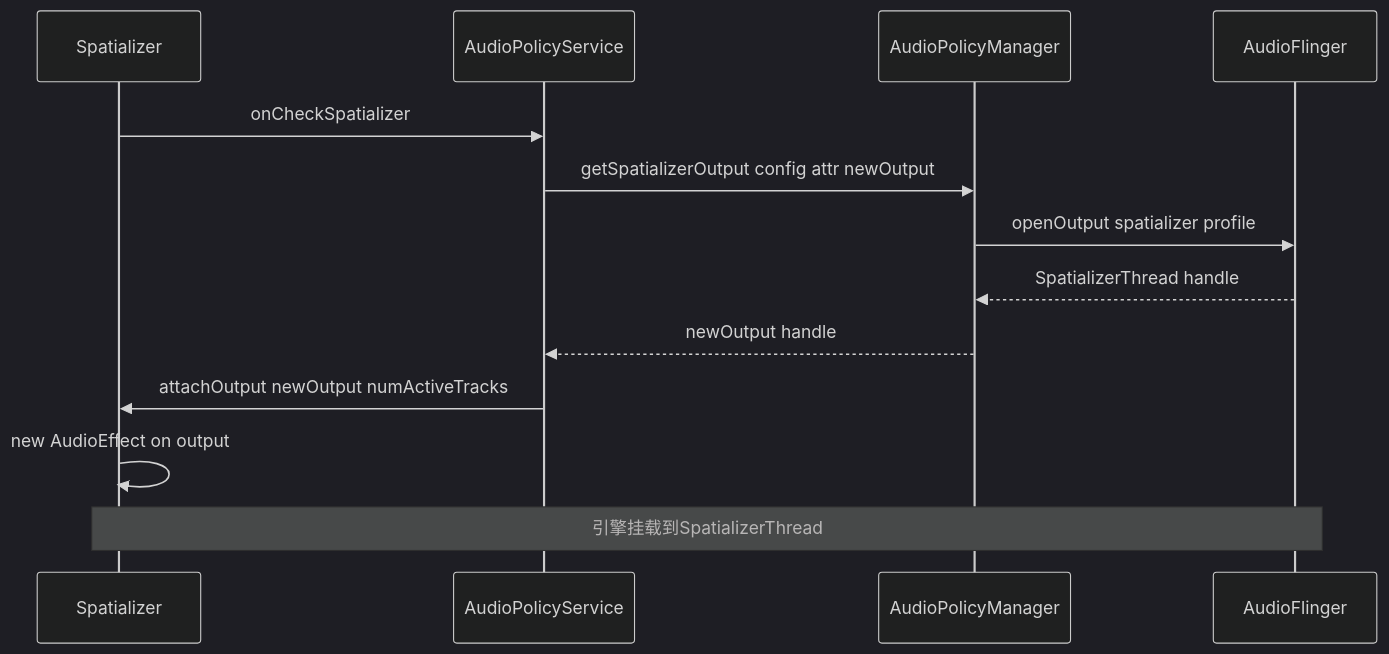
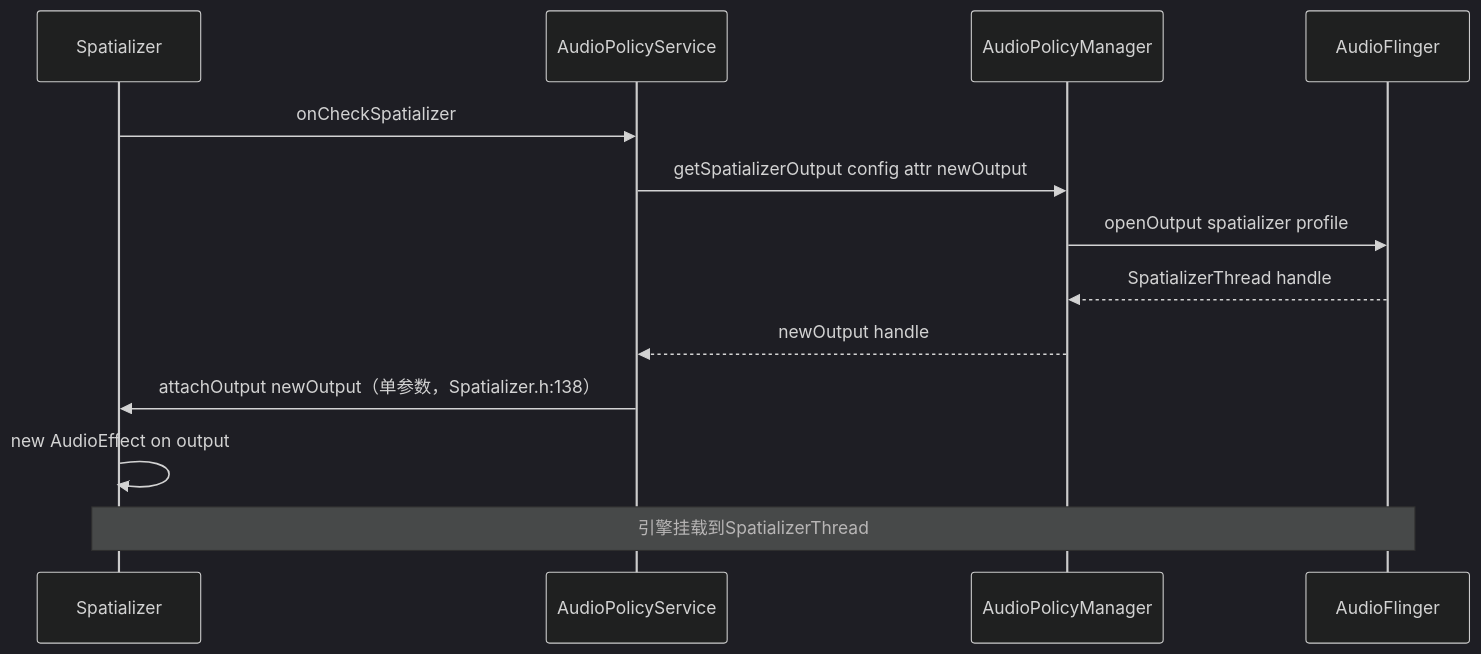
The fourth of 8 diagrams in 07_Effects_Framework/07_7.6_Spatializer空间音频架构详解.md (yanglinzhen1022/SA8295_AAOS_QNX_Audio_KnowledgeBase), drawn with Mermaid (dark theme) before and after one commit. The commit also changed other lines of this file and 12 other files, not shown here.

````diff
--- a/07_Effects_Framework/07_7.6_Spatializer空间音频架构详解.md
+++ b/07_Effects_Framework/07_7.6_Spatializer空间音频架构详解.md
@@ -331,16 +349,16 @@
 ```mermaid
 sequenceDiagram
     participant SPAT as Spatializer
     participant APS as AudioPolicyService
     participant APM as AudioPolicyManager
     participant AF as AudioFlinger
 
     SPAT->>APS: onCheckSpatializer
     APS->>APM: getSpatializerOutput config attr newOutput
     APM->>AF: openOutput spatializer profile
     AF-->>APM: SpatializerThread handle
     APM-->>APS: newOutput handle
-    APS->>SPAT: attachOutput newOutput numActiveTracks
+    APS->>SPAT: attachOutput newOutput（单参数，Spatializer.h:138）
     SPAT->>SPAT: new AudioEffect on output
     Note over SPAT,AF: 引擎挂载到SpatializerThread
 ```
````
